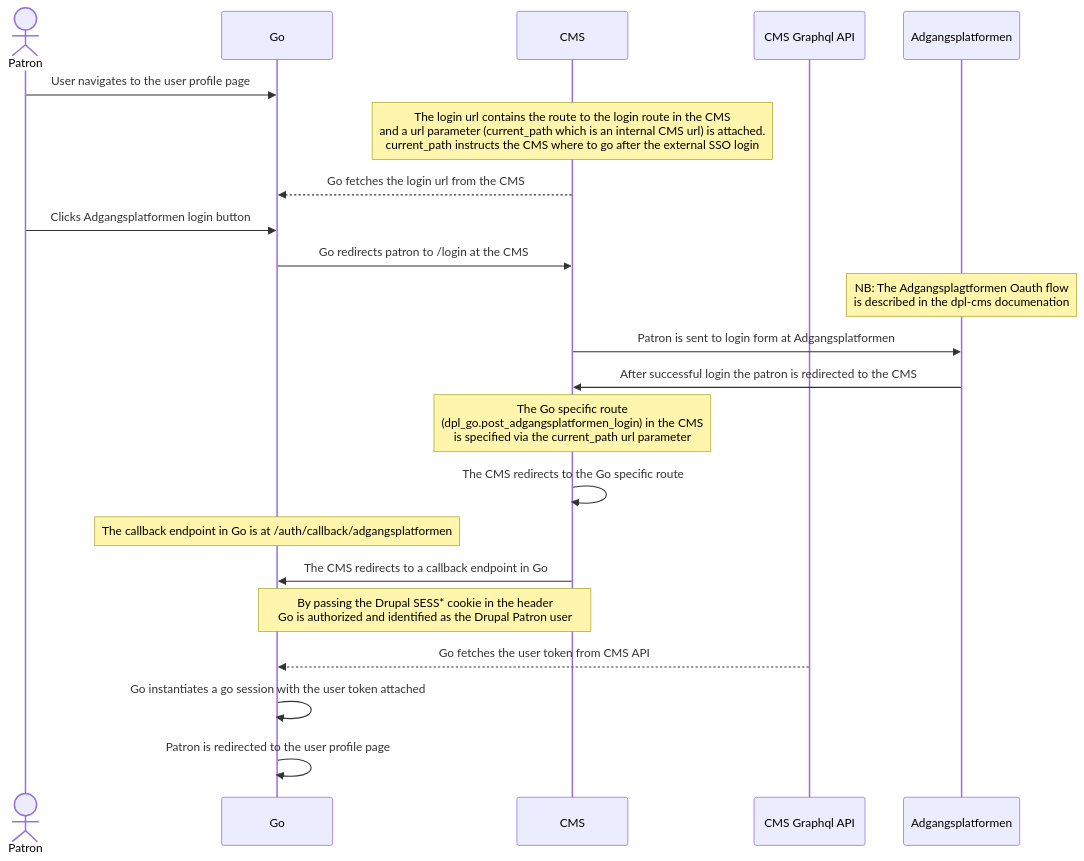
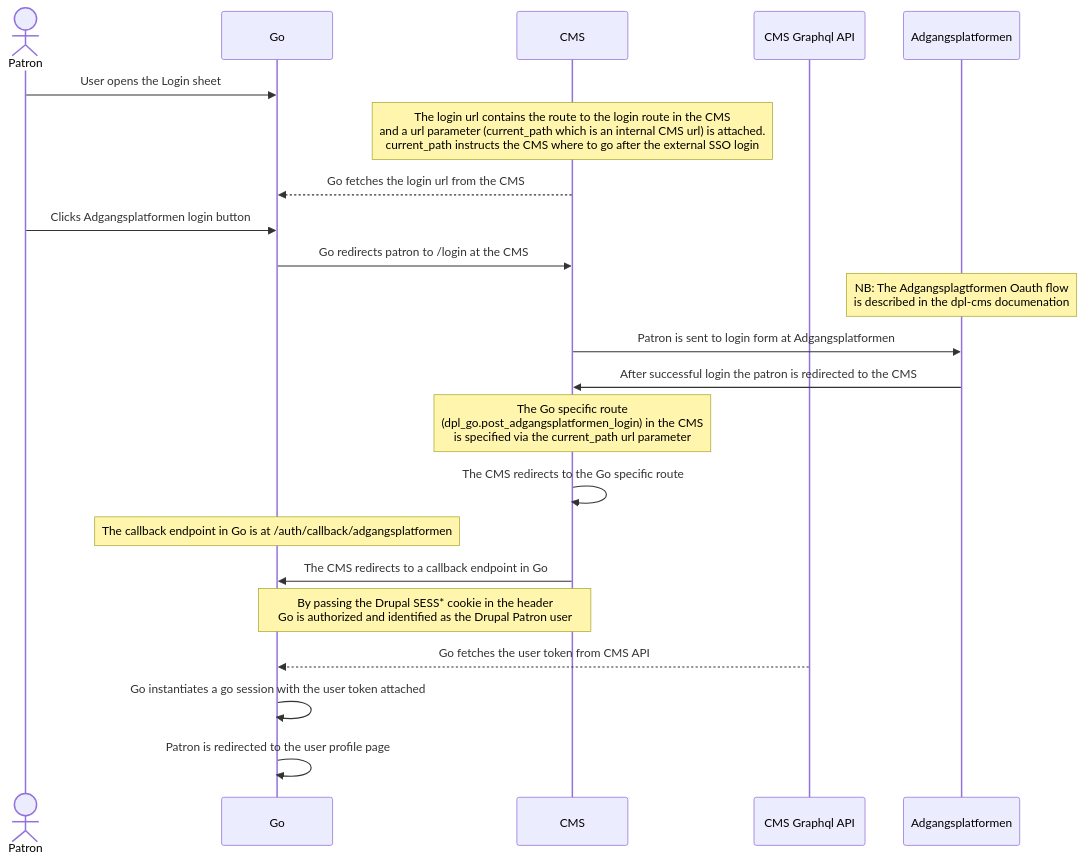
One commit to danskernesdigitalebibliotek/dpl-web changed the first of 2 diagrams in go/docs/authentication.md. Above: the diagram before and after it, drawn with Mermaid.

Commit message:
Correct first step description in Adgangsplatformen login diagram

````diff
--- a/go/docs/authentication.md
+++ b/go/docs/authentication.md
@@ -36,24 +36,24 @@
 ```mermaid
 sequenceDiagram
     actor Patron
     participant Go
     participant CMS
     participant CMS Graphql API
     participant Adgangsplatformen
-    Patron->>Go: User navigates to the user profile page
+    Patron->>Go: User opens the Login sheet
     Note over CMS: The login url contains the route to the login route in the CMS<br/>and a url parameter (current_path which is an internal CMS url) is attached.<br /> current_path instructs the CMS where to go  after the external SSO login
     CMS-->>Go: Go fetches the login url from the CMS
     Patron->>Go: Clicks Adgangsplatformen login button
     Go->>CMS: Go redirects patron to /login at the CMS
     Note over Adgangsplatformen: NB: The Adgangsplagtformen Oauth flow<br />is described in the dpl-cms documenation
     CMS->>Adgangsplatformen: Patron is sent to login form at Adgangsplatformen
     Adgangsplatformen->>CMS: After successful login the patron is redirected to the CMS
     Note over CMS,CMS: The Go specific route<br />(dpl_go.post_adgangsplatformen_login) in the CMS<br />is specified via the current_path url parameter
     CMS->>CMS: The CMS redirects to the Go specific route
     Note over Go: The callback endpoint in Go is at /auth/callback/adgangsplatformen
     CMS->>Go: The CMS redirects to a callback endpoint in Go
     Note over CMS,Go: By passing the Drupal SESS* cookie in the header<br/>Go is authorized and identified as the Drupal Patron user
     CMS Graphql API-->>Go: Go fetches the user token from CMS API
     Go->>Go: Go instantiates a go session with the user token attached
     Go->>Go: Patron is redirected to the user profile page
 ```
````
